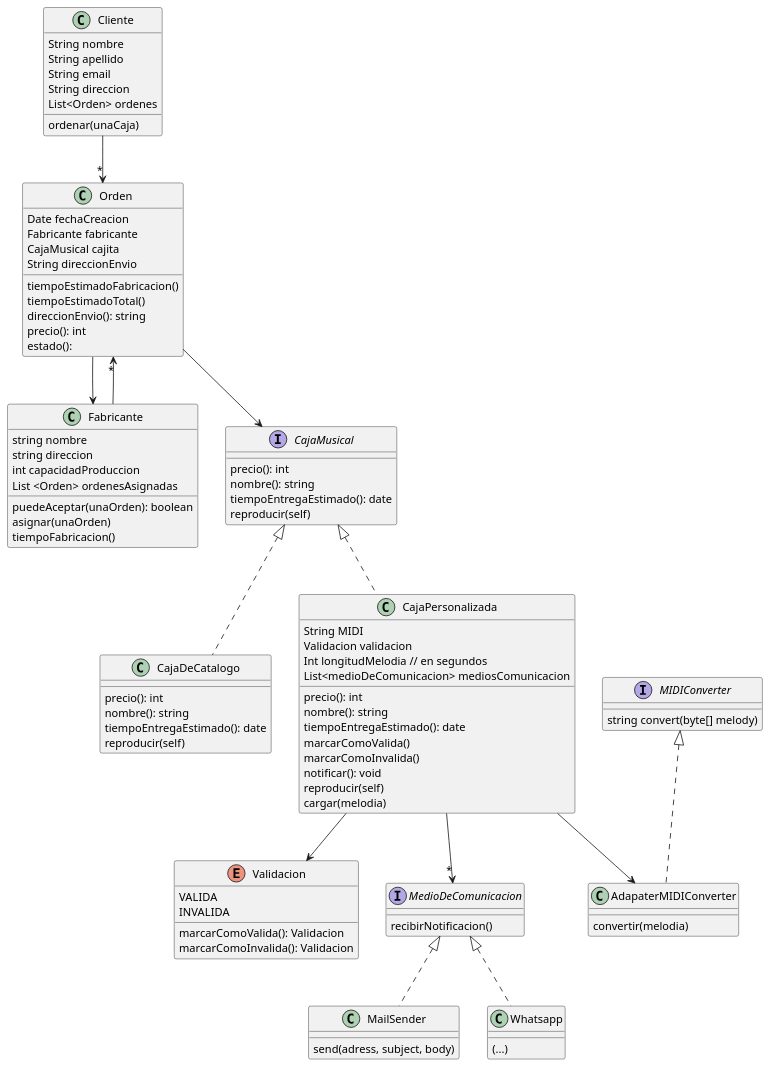
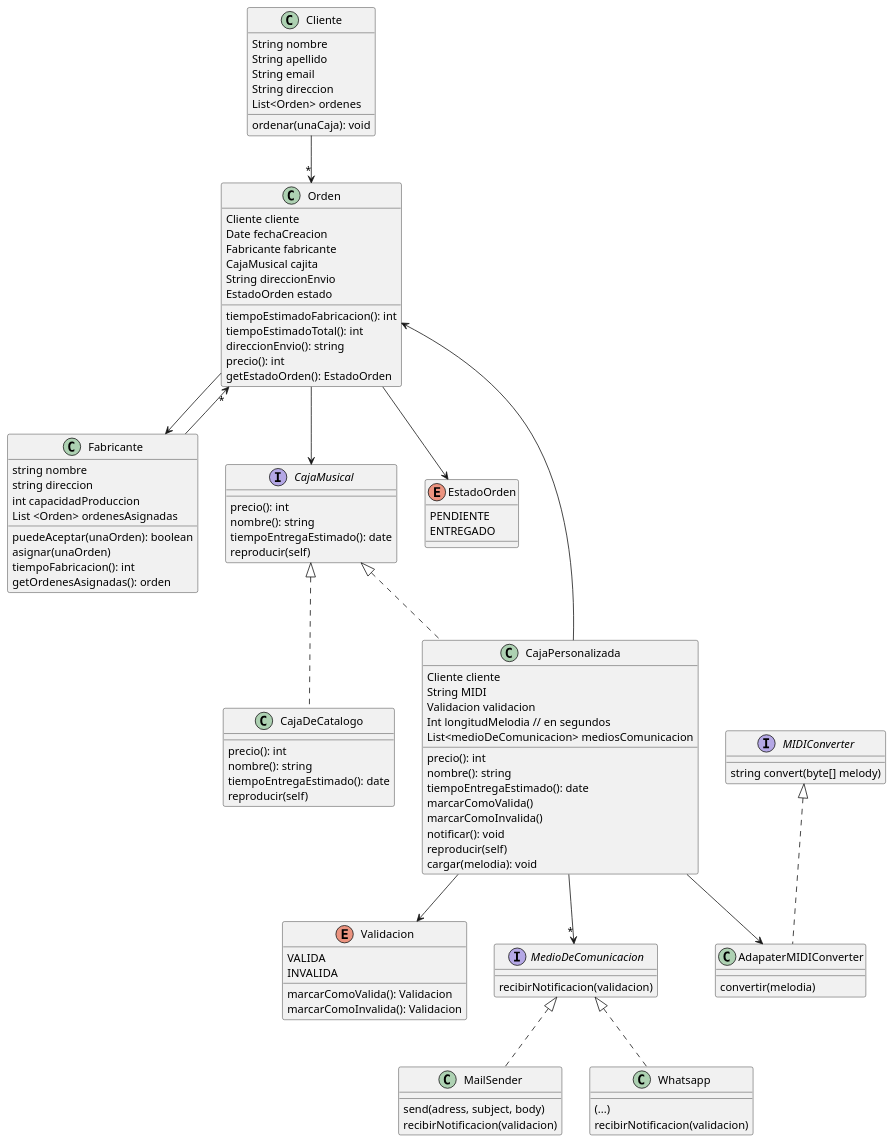
The diagram in src/main/java/Notesbox/Notesbox_diagrama.puml (NicolasOcchi/DDS-1ros-Parciales), drawn with PlantUML before and after one commit. The commit also changed 1 other file, not shown here.

```diff
--- a/src/main/java/Notesbox/Notesbox_diagrama.puml
+++ b/src/main/java/Notesbox/Notesbox_diagrama.puml
@@ -1,102 +1,116 @@
 @startuml
 'https://plantuml.com/class-diagram
 
 class Cliente{
 String nombre
 String apellido
 String email
 String direccion
 List<Orden> ordenes
-ordenar(unaCaja)
+ordenar(unaCaja): void
 }
 
 Cliente -->"*" Orden
 
 class Orden{
+Cliente cliente
 Date fechaCreacion
 Fabricante fabricante
 CajaMusical cajita
 String direccionEnvio
-tiempoEstimadoFabricacion()
-tiempoEstimadoTotal()
+EstadoOrden estado
+tiempoEstimadoFabricacion(): int
+tiempoEstimadoTotal(): int
 direccionEnvio(): string
 precio(): int
-estado():
+getEstadoOrden(): EstadoOrden
 }
 Orden --> Fabricante
 Orden --> CajaMusical
+Orden --> EstadoOrden
+
+enum EstadoOrden{
+    PENDIENTE
+    ENTREGADO
+}
 
 interface CajaMusical{
 precio(): int
 nombre(): string
 tiempoEntregaEstimado(): date
 reproducir(self)
 }
 
 class CajaDeCatalogo implements CajaMusical{
 precio(): int
 nombre(): string
 tiempoEntregaEstimado(): date
 reproducir(self)
 }
 
 class CajaPersonalizada implements CajaMusical{
+Cliente cliente
 String MIDI
 Validacion validacion
 Int longitudMelodia // en segundos
 List<medioDeComunicacion> mediosComunicacion
 precio(): int
 nombre(): string
 tiempoEntregaEstimado(): date
 marcarComoValida()
 marcarComoInvalida()
 notificar(): void
 reproducir(self)
-cargar(melodia)
+cargar(melodia): void
 }
 
 CajaPersonalizada --> Validacion
+CajaPersonalizada --> Orden
+
 'enum con compartamiento
 enum Validacion{
 VALIDA
 INVALIDA
 marcarComoValida(): Validacion
 marcarComoInvalida(): Validacion
 }
 
 interface MIDIConverter{
 string convert(byte[] melody)
 }
 
 class AdapaterMIDIConverter implements MIDIConverter{
     convertir(melodia)
 }
 
 CajaPersonalizada --> AdapaterMIDIConverter
 CajaPersonalizada -->"*" MedioDeComunicacion
 
 interface MedioDeComunicacion{
-    recibirNotificacion()
+    recibirNotificacion(validacion)
 }
 
 class MailSender implements MedioDeComunicacion{
 send(adress, subject, body)
+recibirNotificacion(validacion)
 }
 
 class Whatsapp implements MedioDeComunicacion{
 (...)
+recibirNotificacion(validacion)
 }
 
 Fabricante -->"*" Orden
 
 class Fabricante{
 string nombre
 string direccion
 int capacidadProduccion
 List <Orden> ordenesAsignadas
 puedeAceptar(unaOrden): boolean
 asignar(unaOrden)
-tiempoFabricacion()
+tiempoFabricacion(): int
+getOrdenesAsignadas(): orden
 }
 
 @enduml
```
